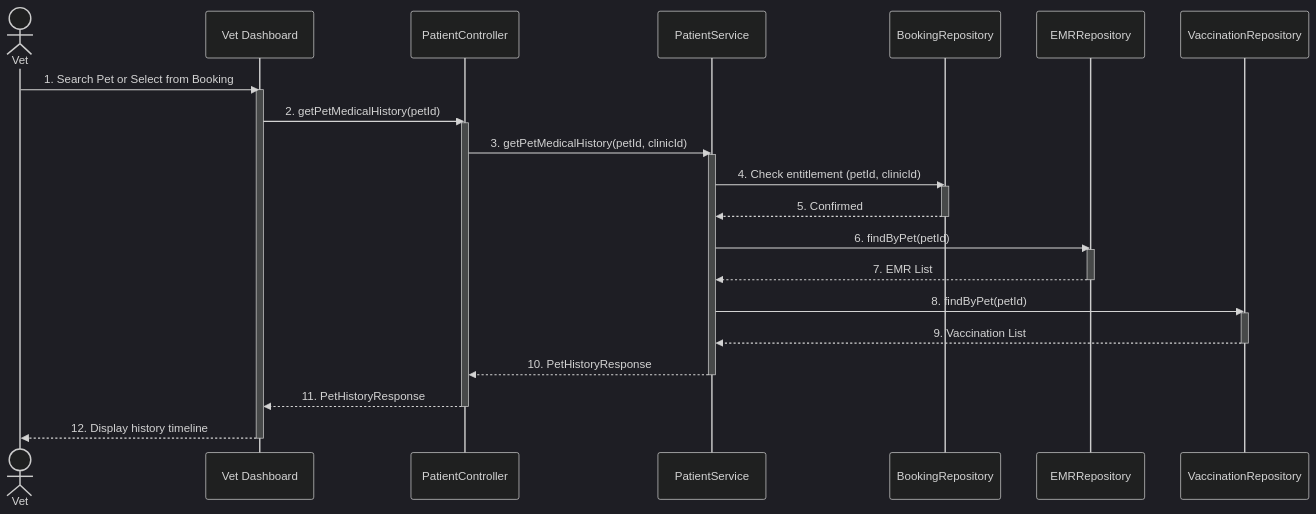
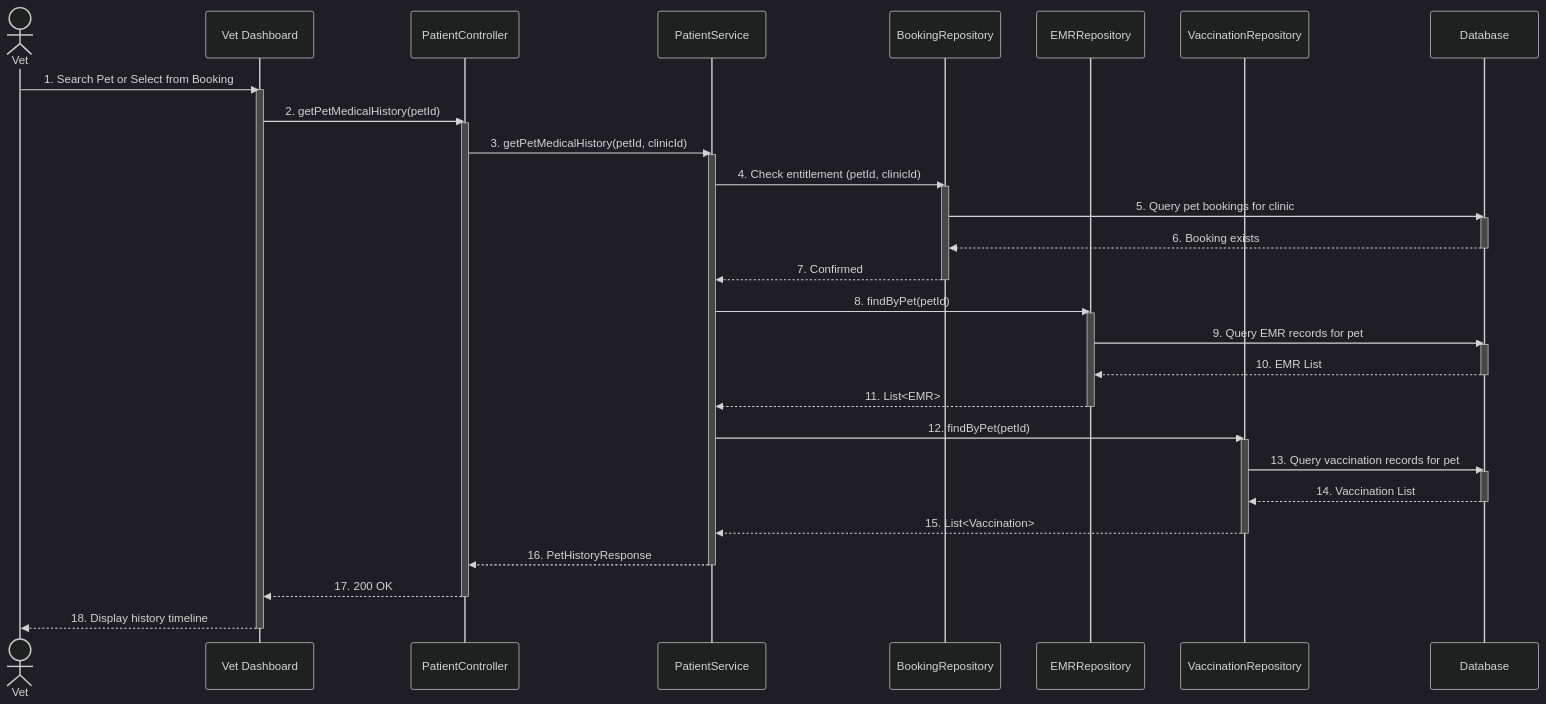
One commit to espresso23/Petties-Veterinary-Appointment-Booking-Platform changed diagram 32 of 42 in docs-references/documentation/SDD/REPORT_4_SDD_SYSTEM_DESIGN.md. Above: the diagram before and after it, drawn with Mermaid (dark theme). The commit also changed other lines of this file and 15 other files, not shown here.

````diff
--- a/docs-references/documentation/SDD/REPORT_4_SDD_SYSTEM_DESIGN.md
+++ b/docs-references/documentation/SDD/REPORT_4_SDD_SYSTEM_DESIGN.md
@@ -2244,35 +2522,48 @@
 ```mermaid
 sequenceDiagram
     actor V as Vet
     participant UI as Vet Dashboard
     participant PC as PatientController
     participant PS as PatientService
     participant BR as BookingRepository
     participant EMRR as EMRRepository
     participant VR as VaccinationRepository
+    participant DB as Database
 
     V->>UI: 1. Search Pet or Select from Booking
     activate UI
     UI->>PC: 2. getPetMedicalHistory(petId)
     activate PC
     PC->>PS: 3. getPetMedicalHistory(petId, clinicId)
     activate PS
     PS->>BR: 4. Check entitlement (petId, clinicId)
     activate BR
-    BR-->>PS: 5. Confirmed
+    BR->>DB: 5. Query pet bookings for clinic
+    activate DB
+    DB-->>BR: 6. Booking exists
+    deactivate DB
+    BR-->>PS: 7. Confirmed
     deactivate BR
-    PS->>EMRR: 6. findByPet(petId)
+    PS->>EMRR: 8. findByPet(petId)
     activate EMRR
-    EMRR-->>PS: 7. EMR List
+    EMRR->>DB: 9. Query EMR records for pet
+    activate DB
+    DB-->>EMRR: 10. EMR List
+    deactivate DB
+    EMRR-->>PS: 11. List<EMR>
     deactivate EMRR
-    PS->>VR: 8. findByPet(petId)
+    PS->>VR: 12. findByPet(petId)
     activate VR
-    VR-->>PS: 9. Vaccination List
+    VR->>DB: 13. Query vaccination records for pet
+    activate DB
+    DB-->>VR: 14. Vaccination List
+    deactivate DB
+    VR-->>PS: 15. List<Vaccination>
     deactivate VR
-    PS-->>PC: 10. PetHistoryResponse
+    PS-->>PC: 16. PetHistoryResponse
     deactivate PS
-    PC-->>UI: 11. PetHistoryResponse
+    PC-->>UI: 17. 200 OK
     deactivate PC
-    UI-->>V: 12. Display history timeline
+    UI-->>V: 18. Display history timeline
     deactivate UI
 ```
````
